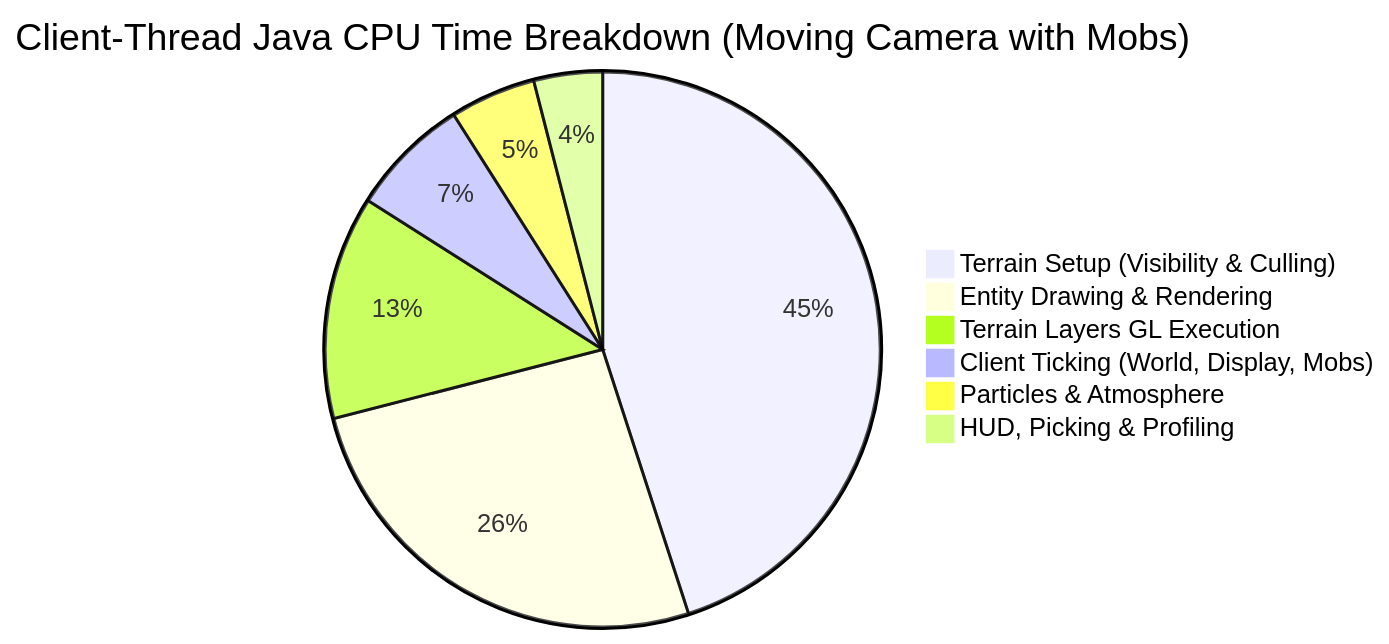
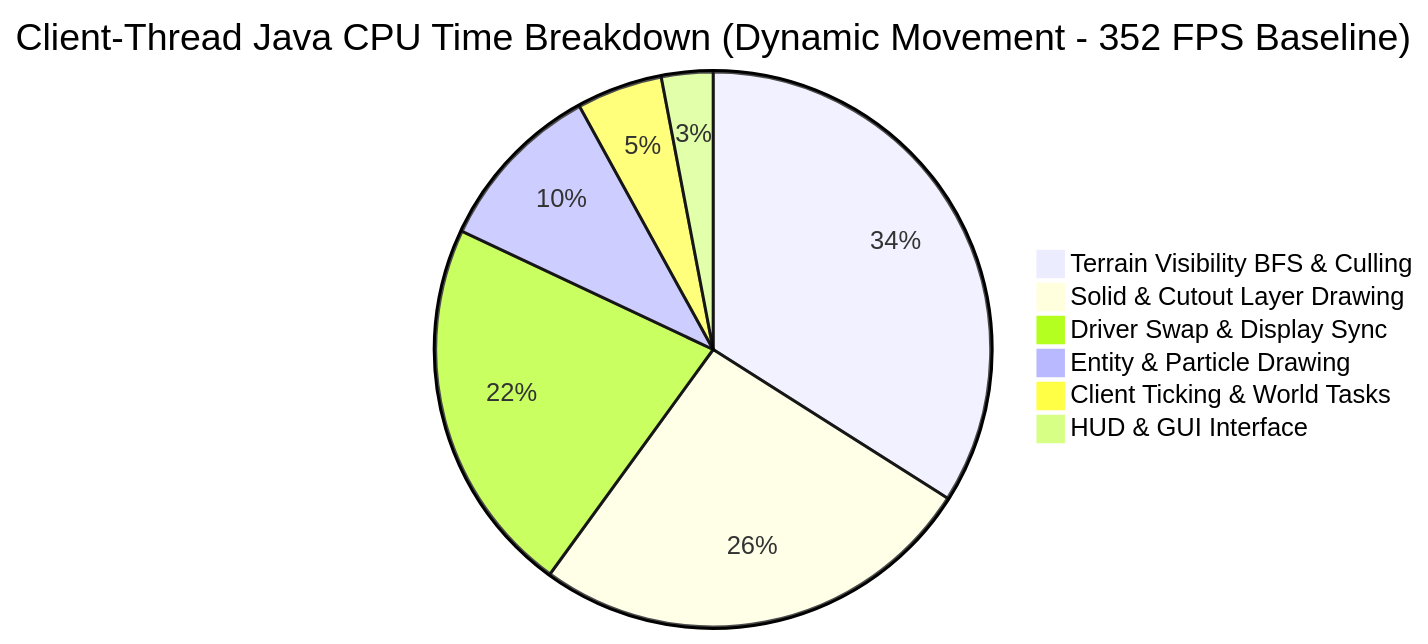
One commit to Adi0nt/alacer changed the first of 2 diagrams in docs/ROADMAP.md. Above: the diagram before and after it, drawn with Mermaid. The commit also changed other lines of this file and 5 other files, not shown here.

Commit message:
perf: accelerate terrain visibility BFS and publish Phase 6-9 modern architecture roadmap

````diff
--- a/docs/ROADMAP.md
+++ b/docs/ROADMAP.md
@@ -37,9 +34,9 @@
 ```mermaid
-pie title Client-Thread Java CPU Time Breakdown (Moving Camera with Mobs)
-    "Terrain Setup (Visibility & Culling)" : 45
-    "Entity Drawing & Rendering" : 26
-    "Terrain Layers GL Execution" : 13
-    "Client Ticking (World, Display, Mobs)" : 7
-    "Particles & Atmosphere" : 5
-    "HUD, Picking & Profiling" : 4
+pie title Client-Thread Java CPU Time Breakdown (Dynamic Movement - 352 FPS Baseline)
+    "Terrain Visibility BFS & Culling" : 34
+    "Solid & Cutout Layer Drawing" : 26
+    "Driver Swap & Display Sync" : 22
+    "Entity & Particle Drawing" : 10
+    "Client Ticking & World Tasks" : 5
+    "HUD & GUI Interface" : 3
 ```
````
